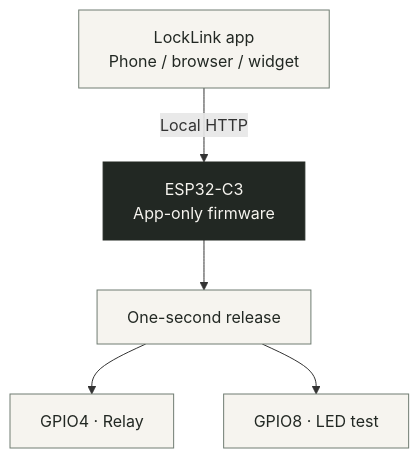
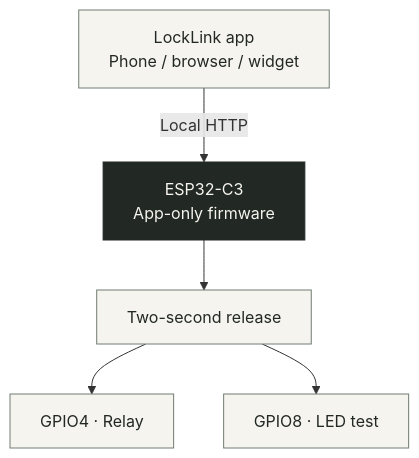
One commit to Vaibhavsh0120/LockLink changed the diagram in README.md. Above: the diagram before and after it, drawn with Mermaid. The commit also changed other lines of this file and 17 other files, not shown here.

````diff
--- a/README.md
+++ b/README.md
@@ -41,10 +41,10 @@
 ```mermaid
 flowchart TD
     app["LockLink app<br/>Phone / browser / widget"] -->|Local HTTP| device["ESP32-C3<br/>App-only firmware"]
-    device --> pulse["One-second release"]
+    device --> pulse["Two-second release"]
     pulse --> relay["GPIO4 · Relay"]
     pulse --> led["GPIO8 · LED test"]
     classDef default fill:#f6f4ef,stroke:#707c72,color:#222823
     classDef controller fill:#222823,stroke:#222823,color:#f6f4ef
     class device controller
 ```
````
